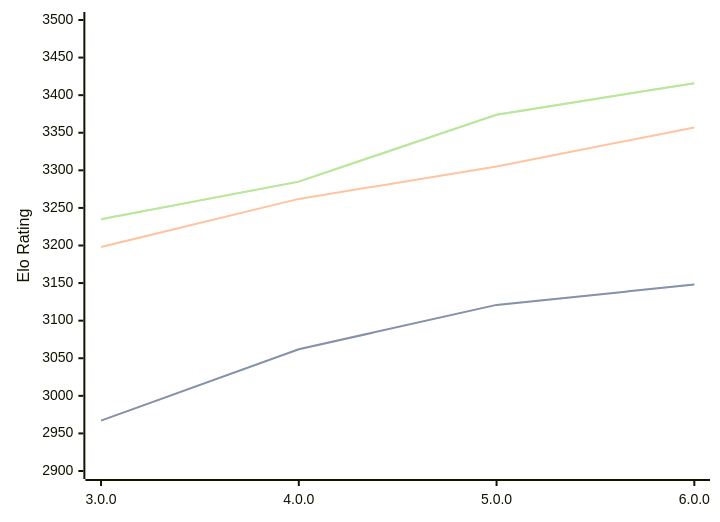
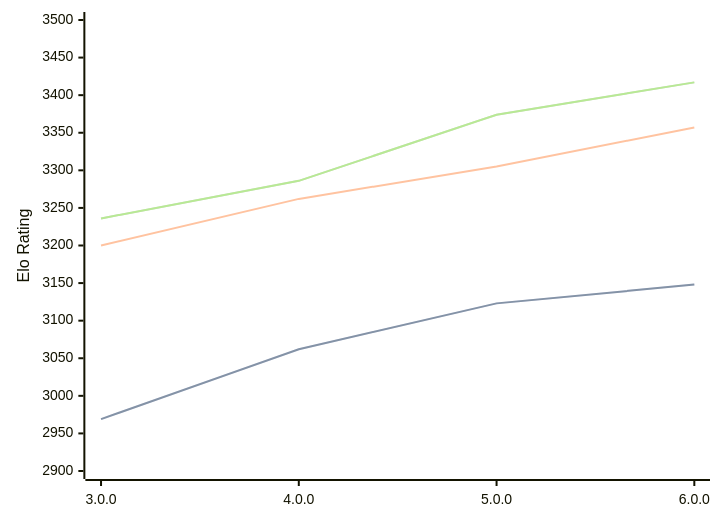
Before and after one commit to computer-chess-index/cci: the third of 3 diagrams in engines/Minke.md, drawn with Mermaid. The commit also changed other lines of this file, not shown here.

Commit message:
Update CCI Ratings (ELO VLTC) - 2026-07-12

````diff
--- a/engines/Minke.md
+++ b/engines/Minke.md
@@ -69,11 +69,11 @@
 ```mermaid
 %%{init: {"theme":"base","themeVariables":{"seriesColors:['#a3a3a3','#222221','#faa371']}}}%%
 xychart-beta
   x-axis ["3.0.0", "4.0.0", "5.0.0", "6.0.0"]
   y-axis "Elo Rating" 2900 --> 3500
-  line "STC (8.0+0.08s)" [2967, 3062, 3121, 3148]
-  line "STC (8.0+0.08s)" [2967, 3062, 3121, 3148]
-  line "LTC (60.0+0.60s)" [3198, 3262, 3305, 3357]
-  line "VLTC (2m24s+1.12s)" [3235, 3285, 3374, 3416]
-  line "VLTC (2m24s+1.12s)" [3235, 3285, 3374, 3416]
+  line "STC (8.0+0.08s)" [2969, 3062, 3123, 3148]
+  line "STC (8.0+0.08s)" [2969, 3062, 3123, 3148]
+  line "LTC (60.0+0.60s)" [3200, 3262, 3305, 3357]
+  line "VLTC (2m24s+1.12s)" [3236, 3286, 3374, 3417]
+  line "VLTC (2m24s+1.12s)" [3236, 3286, 3374, 3417]
 ```
````
